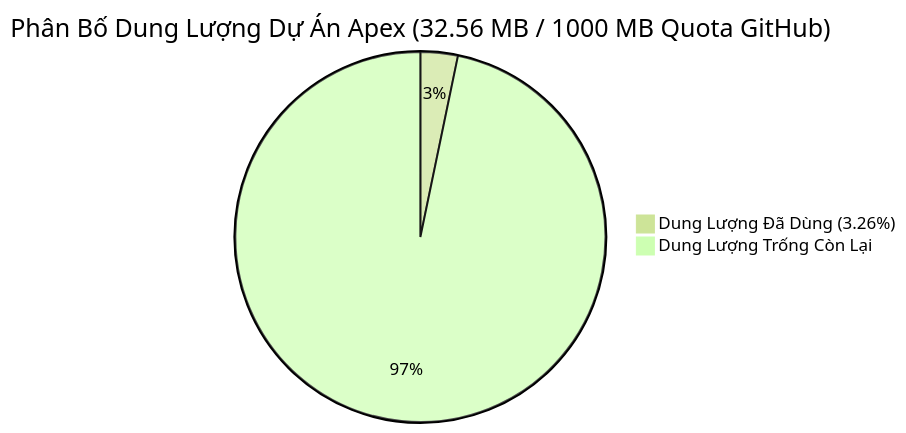
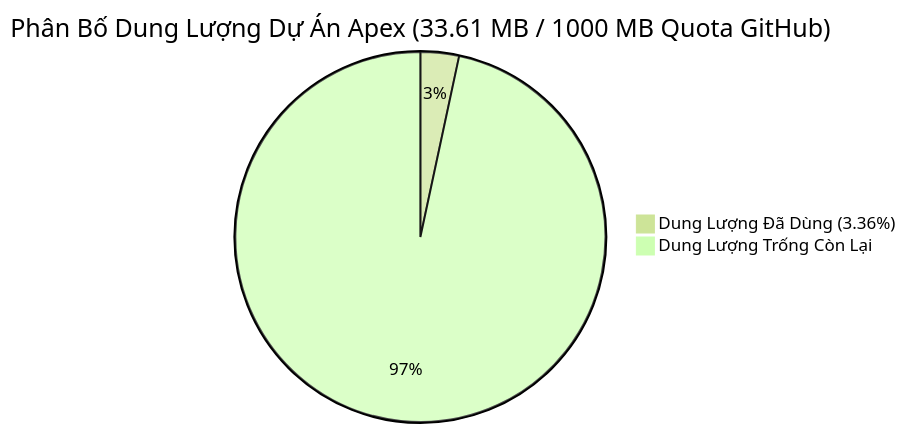
Before and after one commit to Thienphuoctran/apex-hedge-fund: the diagram in 12_Institutional_Ombudsman_And_Inspectorate/daily_audits/2026-11-09_Infrastructure_Health_And_Capacity_Audit.md, drawn with Mermaid (forest theme). The commit also changed other lines of this file and 5 other files, not shown here.

````diff
--- a/12_Institutional_Ombudsman_And_Inspectorate/daily_audits/2026-11-09_Infrastructure_Health_And_Capacity_Audit.md
+++ b/12_Institutional_Ombudsman_And_Inspectorate/daily_audits/2026-11-09_Infrastructure_Health_And_Capacity_Audit.md
@@ -15,5 +15,5 @@
 ```mermaid
-pie title Phân Bố Dung Lượng Dự Án Apex (32.56 MB / 1000 MB Quota GitHub)
-    "Dung Lượng Đã Dùng (3.26%)" : 32.56
-    "Dung Lượng Trống Còn Lại" : 967.44
+pie title Phân Bố Dung Lượng Dự Án Apex (33.61 MB / 1000 MB Quota GitHub)
+    "Dung Lượng Đã Dùng (3.36%)" : 33.61
+    "Dung Lượng Trống Còn Lại" : 966.39
 ```
````
